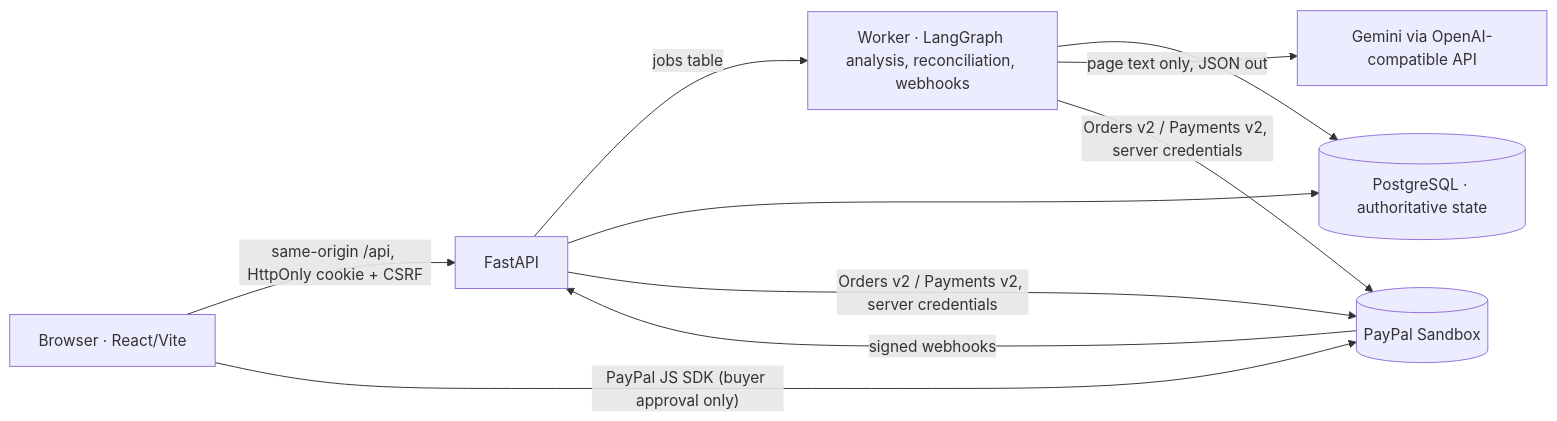
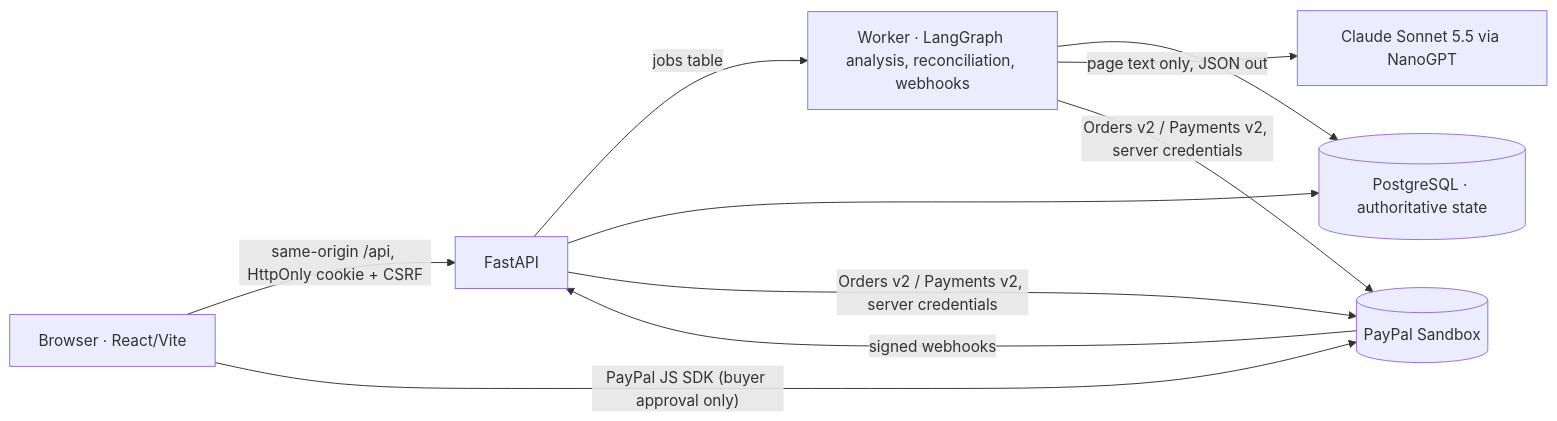
Before and after one commit to DevDaring/PayPal_Hackatahon: the diagram in Codes/quoteguard/README.md, drawn with Mermaid. The commit also changed other lines of this file and 36 other files, not shown here.

First line of the commit message:
Integrity Radar: document forensics for edited bills and staged competition; switch AI to Claude Sonnet 5.5 via NanoGPT

````diff
--- a/Codes/quoteguard/README.md
+++ b/Codes/quoteguard/README.md
@@ -34,10 +35,10 @@
 ```mermaid
 flowchart LR
   B[Browser · React/Vite] -- same-origin /api, HttpOnly cookie + CSRF --> API[FastAPI]
   B -- PayPal JS SDK (buyer approval only) --> PP[(PayPal Sandbox)]
   API -- jobs table --> W[Worker · LangGraph analysis, reconciliation, webhooks]
   API & W --> DB[(PostgreSQL · authoritative state)]
-  W -- page text only, JSON out --> LLM[Gemini via OpenAI-compatible API]
+  W -- page text only, JSON out --> LLM[Claude Sonnet 5.5 via NanoGPT]
   API & W -- Orders v2 / Payments v2, server credentials --> PP
   PP -- signed webhooks --> API
 ```
````
